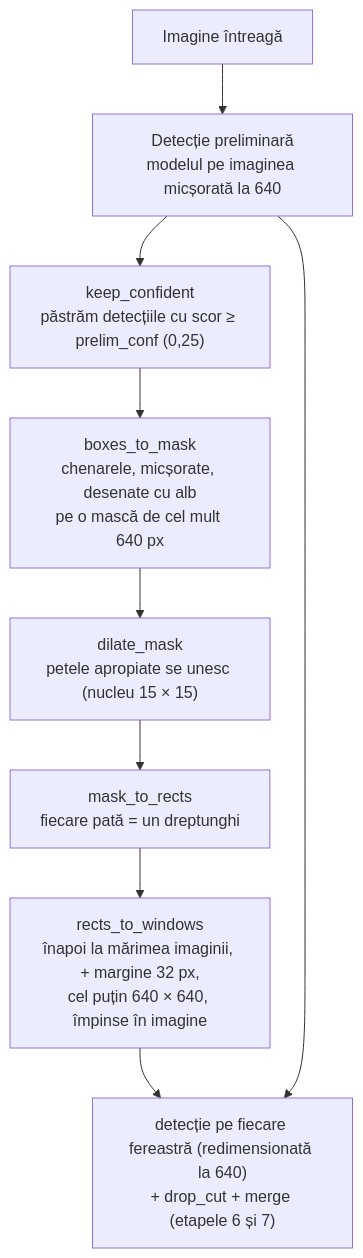
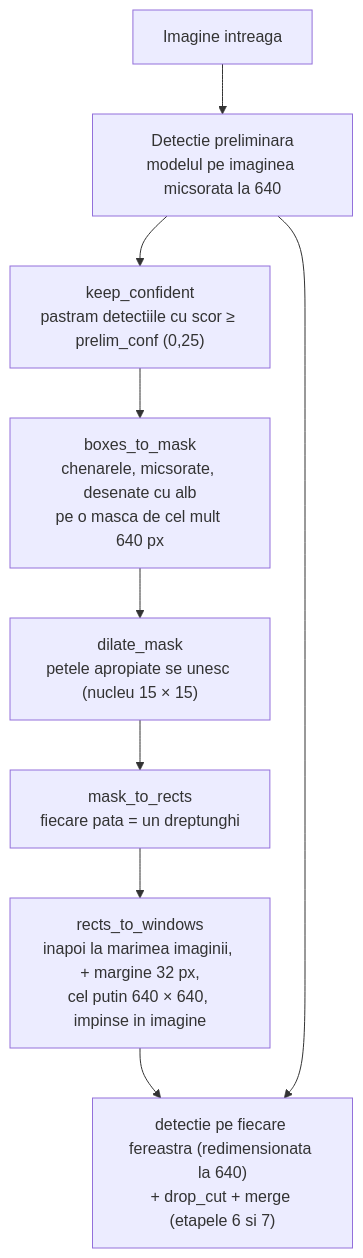
The diagram in docs/pipeline/09-ferestre-adaptive.md (zaha27/pi-p), drawn with Mermaid before and after one commit. The commit also changed other lines of this file and 57 other files, not shown here.

````diff
--- a/docs/pipeline/09-ferestre-adaptive.md
+++ b/docs/pipeline/09-ferestre-adaptive.md
@@ -13,20 +13,20 @@
 ```mermaid
 flowchart TB
-    I["Imagine întreagă"] --> P["Detecție preliminară
-modelul pe imaginea micșorată la 640"]
+    I["Imagine intreaga"] --> P["Detectie preliminara
+modelul pe imaginea micsorata la 640"]
     P --> F["keep_confident
-păstrăm detecțiile cu scor ≥ prelim_conf (0,25)"]
+pastram detectiile cu scor ≥ prelim_conf (0,25)"]
     F --> M["boxes_to_mask
-chenarele, micșorate, desenate cu alb
-pe o mască de cel mult 640 px"]
+chenarele, micsorate, desenate cu alb
+pe o masca de cel mult 640 px"]
     M --> D["dilate_mask
 petele apropiate se unesc (nucleu 15 × 15)"]
     D --> C["mask_to_rects
-fiecare pată = un dreptunghi"]
+fiecare pata = un dreptunghi"]
     C --> W["rects_to_windows
-înapoi la mărimea imaginii, + margine 32 px,
-cel puțin 640 × 640, împinse în imagine"]
-    W --> E["detecție pe fiecare fereastră (redimensionată la 640)
-+ drop_cut + merge (etapele 6 și 7)"]
+inapoi la marimea imaginii, + margine 32 px,
+cel putin 640 × 640, impinse in imagine"]
+    W --> E["detectie pe fiecare fereastra (redimensionata la 640)
++ drop_cut + merge (etapele 6 si 7)"]
     P --> E
 ```
````
